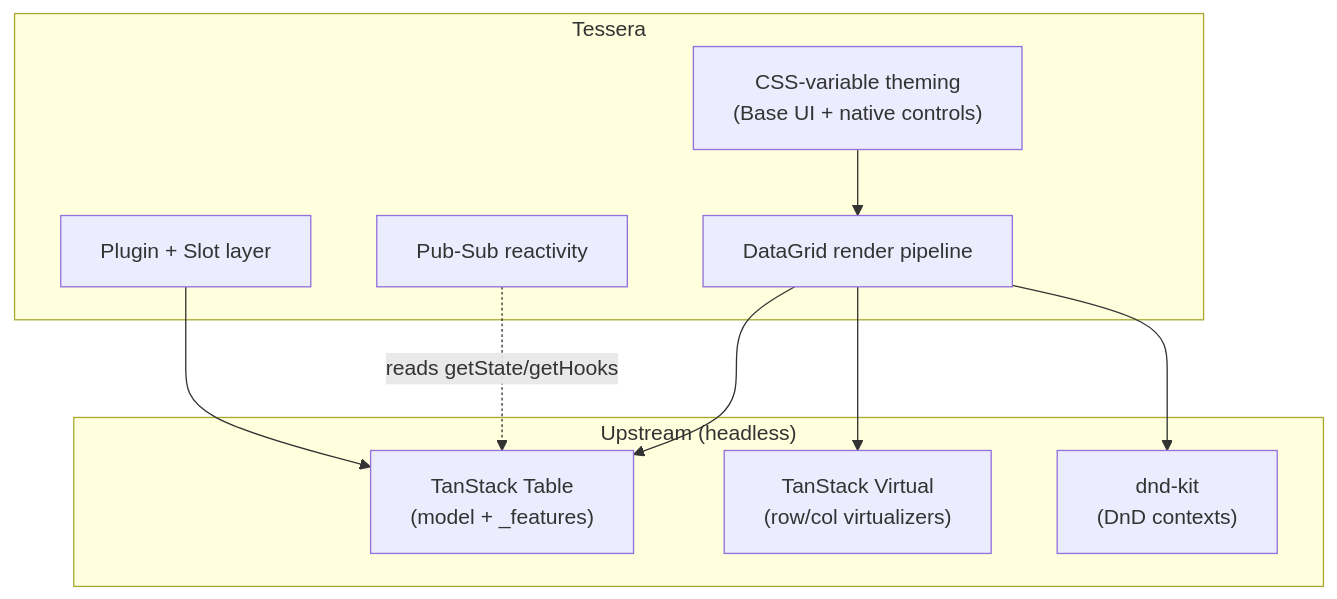
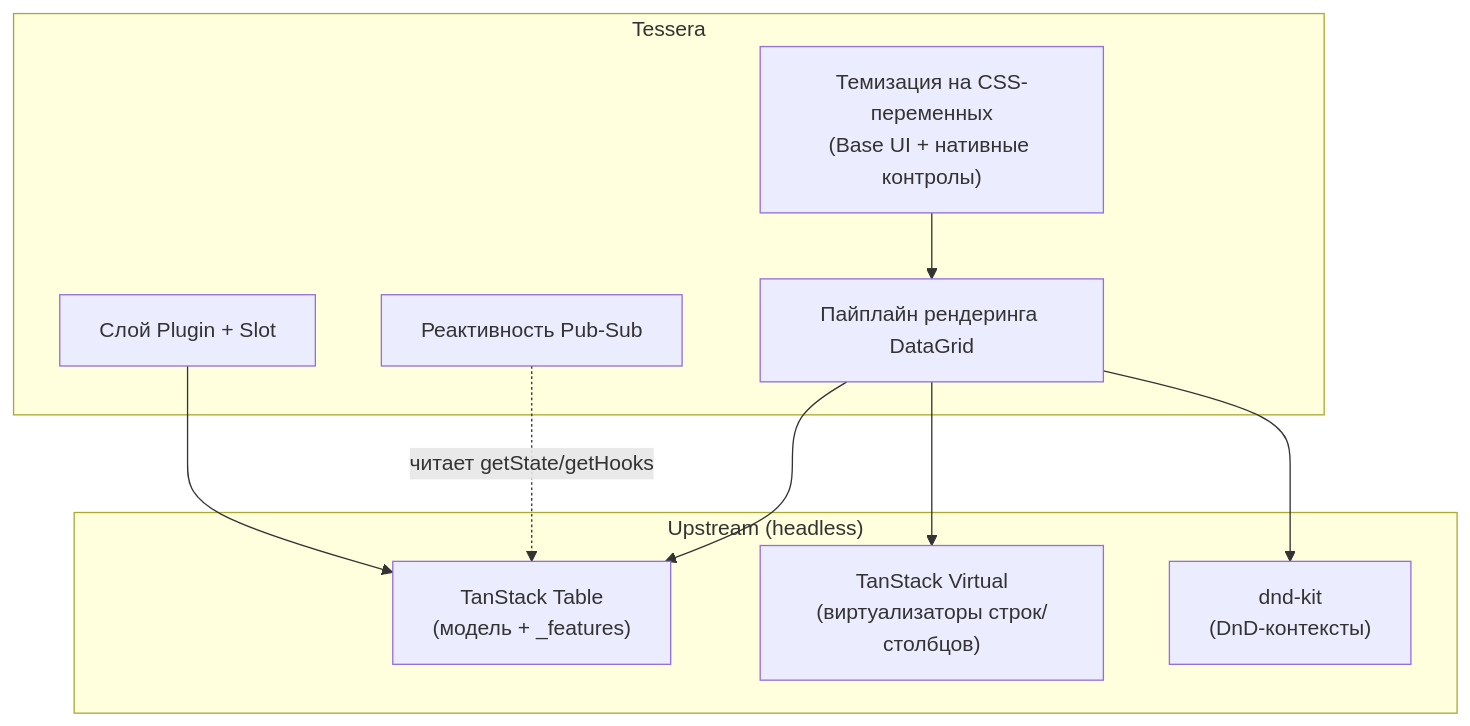
Before and after one commit to tessera-grid/tessera: the second of 2 diagrams in docs/architecture/upstream-foundations.md, drawn with Mermaid. The commit also changed other lines of this file and 15 other files, not shown here.

First line of the commit message:
docs(architecture): translate to Russian and restructure the knowledge base

````diff
--- a/docs/architecture/upstream-foundations.md
+++ b/docs/architecture/upstream-foundations.md
@@ -96,20 +96,20 @@
 ```mermaid
 flowchart TB
     subgraph tessera["Tessera"]
-        PL["Plugin + Slot layer"]
-        PS["Pub-Sub reactivity"]
-        THEME["CSS-variable theming<br/>(Base UI + native controls)"]
-        UI["DataGrid render pipeline"]
+        PL["Слой Plugin + Slot"]
+        PS["Реактивность Pub-Sub"]
+        THEME["Темизация на CSS-переменных<br/>(Base UI + нативные контролы)"]
+        UI["Пайплайн рендеринга DataGrid"]
     end
     subgraph up["Upstream (headless)"]
-        TT["TanStack Table<br/>(model + _features)"]
-        TV["TanStack Virtual<br/>(row/col virtualizers)"]
-        DND["dnd-kit<br/>(DnD contexts)"]
+        TT["TanStack Table<br/>(модель + _features)"]
+        TV["TanStack Virtual<br/>(виртуализаторы строк/столбцов)"]
+        DND["dnd-kit<br/>(DnD-контексты)"]
     end
     PL --> TT
-    PS -.->|reads getState/getHooks| TT
+    PS -.->|читает getState/getHooks| TT
     UI --> TV
     UI --> DND
     UI --> TT
     THEME --> UI
 ```
````
